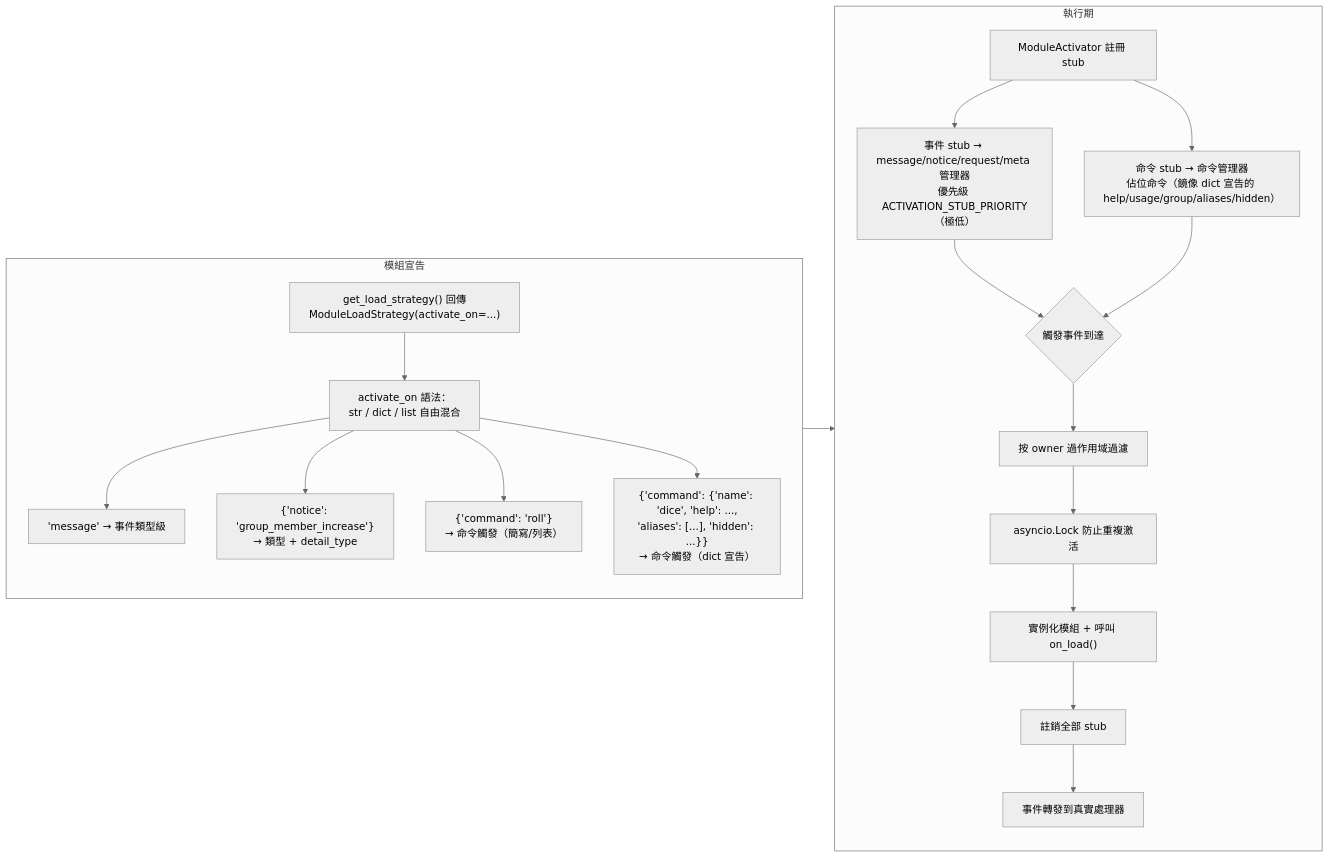
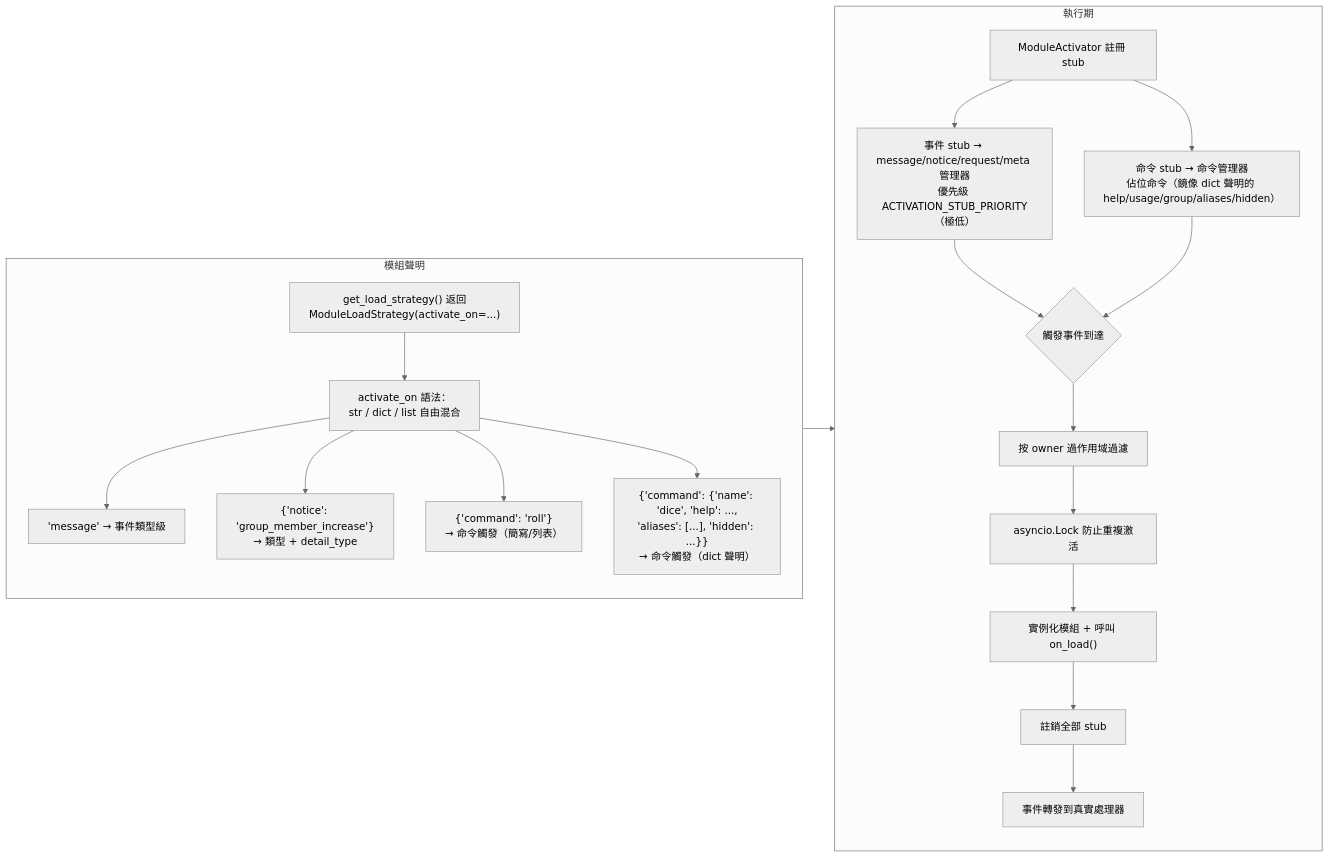
Before and after one commit to ErisPulse/ErisPulse: the seventh of 9 diagrams in docs/zh-TW/architecture.md, drawn with Mermaid (neutral theme). The commit also changed other lines of this file and 622 other files, not shown here.

````diff
--- a/docs/zh-TW/architecture.md
+++ b/docs/zh-TW/architecture.md
@@ -222,24 +222,24 @@
 ```mermaid
 flowchart LR
-    subgraph Declare["模組宣告"]
-        S1["get_load_strategy() 回傳<br/>ModuleLoadStrategy(activate_on=...)"] --> S2["activate_on 語法：<br/>str / dict / list 自由混合"]
+    subgraph Declare["模組聲明"]
+        S1["get_load_strategy() 返回<br/>ModuleLoadStrategy(activate_on=...)"] --> S2["activate_on 語法：<br/>str / dict / list 自由混合"]
         S2 --> S2a["'message' → 事件類型級"]
         S2 --> S2b["{'notice': 'group_member_increase'}<br/>→ 類型 + detail_type"]
         S2 --> S2c["{'command': 'roll'}<br/>→ 命令觸發（簡寫/列表）"]
-        S2 --> S2d["{'command': {'name': 'dice', 'help': ...,<br/>'aliases': [...], 'hidden': ...}}<br/>→ 命令觸發（dict 宣告）"]
+        S2 --> S2d["{'command': {'name': 'dice', 'help': ...,<br/>'aliases': [...], 'hidden': ...}}<br/>→ 命令觸發（dict 聲明）"]
     end
 
     subgraph Runtime["執行期"]
         R1["ModuleActivator 註冊 stub"] --> R1a["事件 stub → message/notice/request/meta 管理器<br/>優先級 ACTIVATION_STUB_PRIORITY（極低）"]
-        R1 --> R1b["命令 stub → 命令管理器<br/>佔位命令（鏡像 dict 宣告的 help/usage/group/aliases/hidden）"]
+        R1 --> R1b["命令 stub → 命令管理器<br/>佔位命令（鏡像 dict 聲明的 help/usage/group/aliases/hidden）"]
         R1a --> R2{"觸發事件到達"}
         R1b --> R2
         R2 --> R3["按 owner 過作用域過濾"]
         R3 --> R4["asyncio.Lock 防止重複激活"]
         R4 --> R5["實例化模組 + 呼叫 on_load()"]
         R5 --> R6["註銷全部 stub"]
         R6 --> R7["事件轉發到真實處理器"]
     end
 
     Declare --> Runtime
 ```
````
